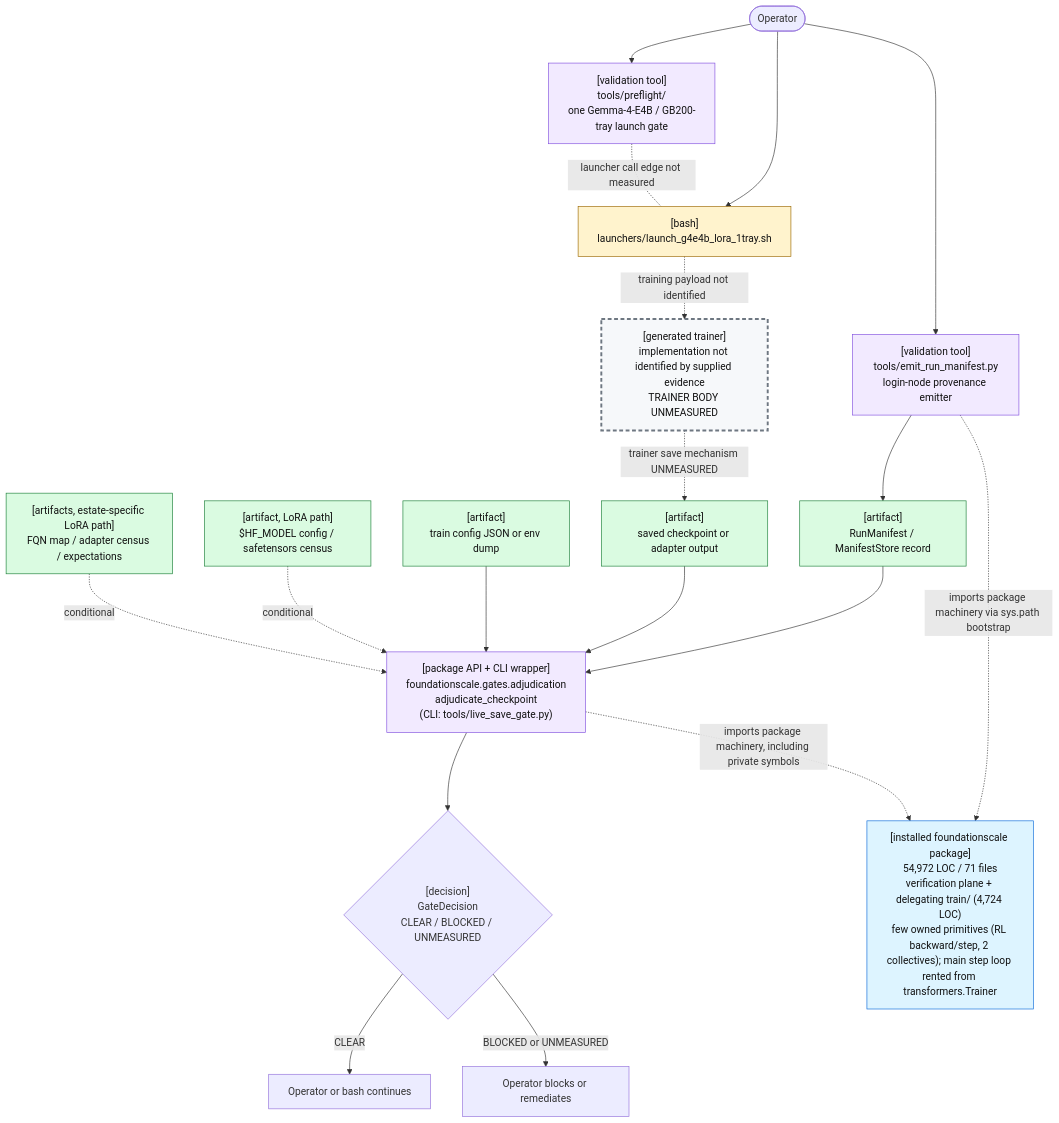
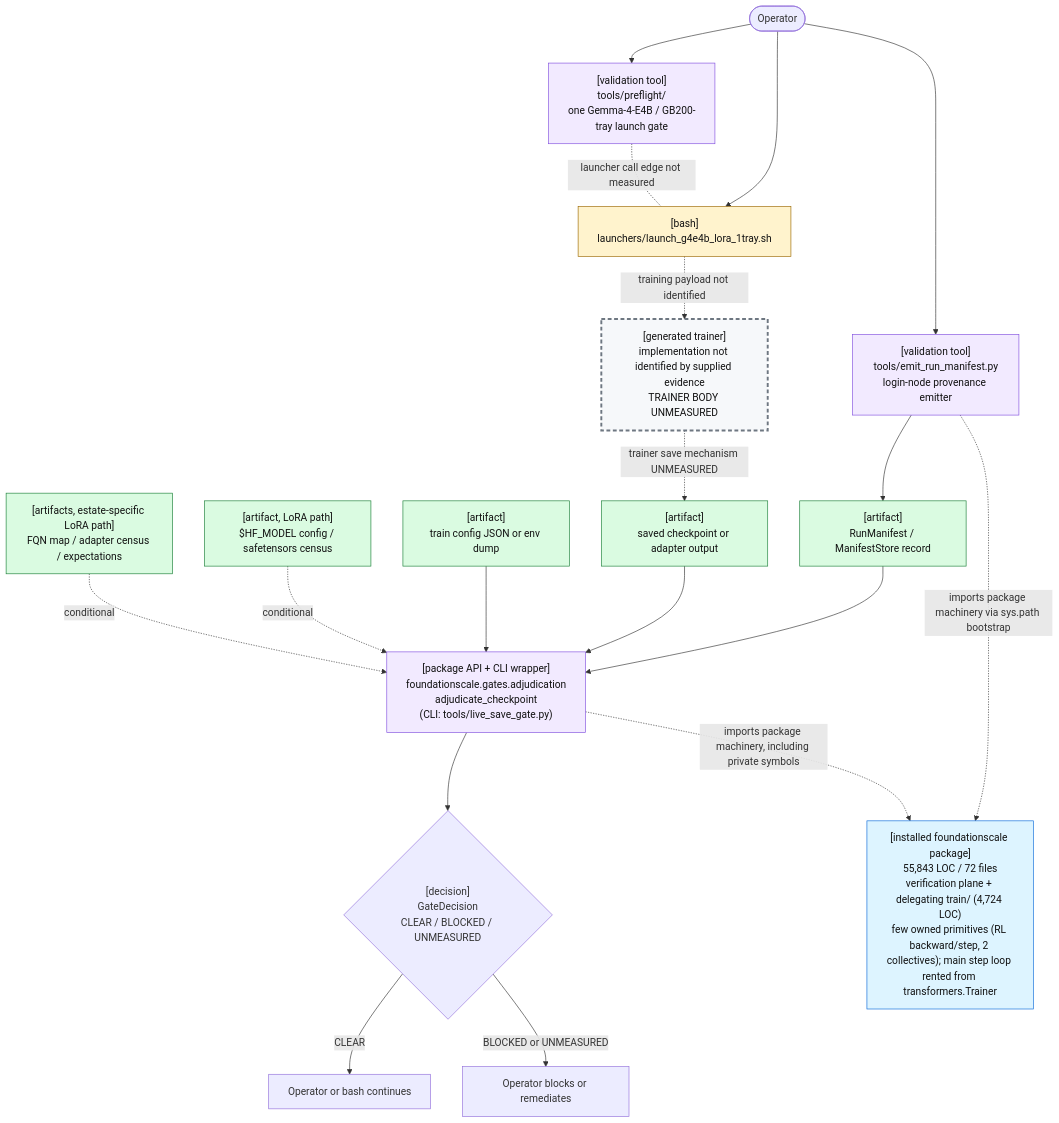
Before and after one commit to TranNhiem/FoundationScale: the first of 2 diagrams in docs/review/D2_current_architecture.md, drawn with Mermaid. The commit also changed other lines of this file and 16 other files, not shown here.

````diff
--- a/docs/review/D2_current_architecture.md
+++ b/docs/review/D2_current_architecture.md
@@ -25,59 +25,59 @@
 ```mermaid
 flowchart TB
   O(["Operator"])
 
   PF["[validation tool]<br/>tools/preflight/<br/>one Gemma-4-E4B / GB200-tray launch gate"]
   L["[bash]<br/>launchers/launch_g4e4b_lora_1tray.sh"]
 
   E["[validation tool]<br/>tools/emit_run_manifest.py<br/>login-node provenance emitter"]
   M["[artifact]<br/>RunManifest / ManifestStore record"]
 
   T["[generated trainer]<br/>implementation not identified by supplied evidence<br/>TRAINER BODY UNMEASURED"]
   C["[artifact]<br/>saved checkpoint or adapter output"]
 
   G["[package API + CLI wrapper]<br/>foundationscale.gates.adjudication<br/>adjudicate_checkpoint<br/>(CLI: tools/live_save_gate.py)"]
   CFG["[artifact]<br/>train config JSON or env dump"]
   BASE["[artifact, LoRA path]<br/>$HF_MODEL config / safetensors census"]
   CEN["[artifacts, estate-specific LoRA path]<br/>FQN map / adapter census / expectations"]
 
   D{"[decision]<br/>GateDecision<br/>CLEAR / BLOCKED / UNMEASURED"}
   OK["Operator or bash continues"]
   NO["Operator blocks or remediates"]
 
-  PKG["[installed foundationscale package]<br/>54,972 LOC / 71 files<br/>verification plane + delegating train/ (4,724 LOC)<br/>few owned primitives (RL backward/step, 2 collectives); main step loop rented from transformers.Trainer"]
+  PKG["[installed foundationscale package]<br/>55,843 LOC / 72 files<br/>verification plane + delegating train/ (4,724 LOC)<br/>few owned primitives (RL backward/step, 2 collectives); main step loop rented from transformers.Trainer"]
 
   O --> PF
   O --> L
   PF -. "launcher call edge not measured" .- L
 
   O --> E
   E --> M
 
   L -. "training payload not identified" .-> T
   T -. "trainer save mechanism UNMEASURED" .-> C
 
   M --> G
   C --> G
   CFG --> G
   BASE -. "conditional" .-> G
   CEN -. "conditional" .-> G
 
   E -. "imports package machinery via sys.path bootstrap" .-> PKG
   G -. "imports package machinery, including private symbols" .-> PKG
 
   G --> D
   D -->|"CLEAR"| OK
   D -->|"BLOCKED or UNMEASURED"| NO
 
   classDef bash fill:#fff3cd,stroke:#9a6700,color:#111;
   classDef tool fill:#f2eaff,stroke:#8250df,color:#111;
   classDef artifact fill:#dafbe1,stroke:#1a7f37,color:#111;
   classDef gap fill:#f6f8fa,stroke:#6e7781,stroke-width:3px,stroke-dasharray: 6 4,color:#111;
   classDef pkg fill:#ddf4ff,stroke:#0969da,color:#111;
 
   class L bash;
   class PF,E,G tool;
   class M,C,CFG,BASE,CEN artifact;
   class T gap;
   class PKG pkg;
 ```
````
